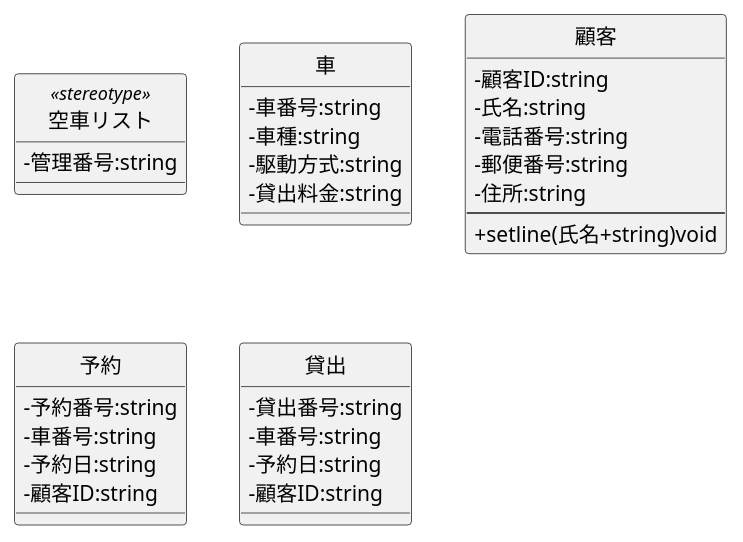
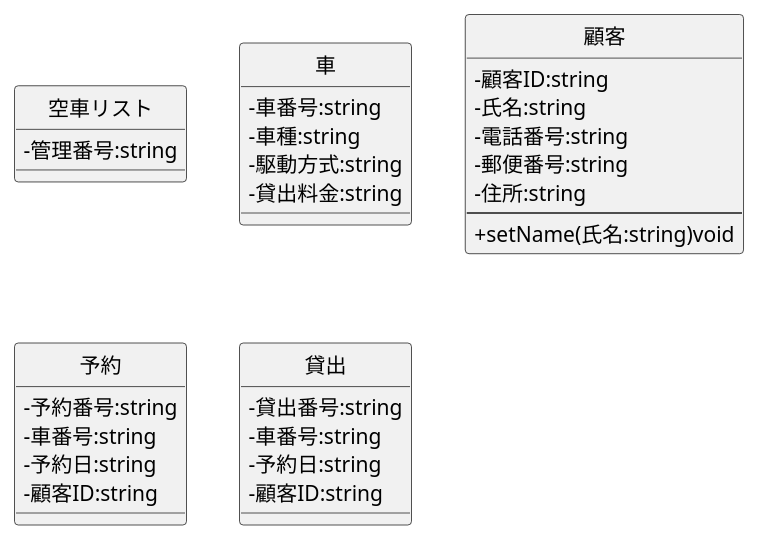
The diagram in 例題3-1_CL_車両貸出システム.pu (github-use-a/uml-introduction), drawn with PlantUML before and after one commit.

Commit message:
修正

```diff
--- a/例題3-1_CL_車両貸出システム.pu
+++ b/例題3-1_CL_車両貸出システム.pu
@@ -1,38 +1,38 @@
 @startuml
 skinparam classAttributeIconSize 0
-class 空車リスト <<stereotype>> {
+class 空車リスト {
 - 管理番号:string
 }
 class 車 {
 - 車番号:string
 - 車種:string
 - 駆動方式:string
 - 貸出料金:string
 }
 class 顧客 {
 - 顧客ID:string
 - 氏名:string
 - 電話番号:string
 - 郵便番号:string
 - 住所:string
 ---
-+ setline(氏名+string)void
++ setName(氏名:string)void
 }
 class 予約 {
 - 予約番号:string
 - 車番号:string
 - 予約日:string
 - 顧客ID:string
 }
 class 貸出{
 - 貸出番号:string
 - 車番号:string
 - 予約日:string
 - 顧客ID:string
 }
 hide 空車リスト circle
 hide 車 circle
 hide 顧客 circle
 hide 予約 circle
 hide 貸出 circle
 @enduml
```
